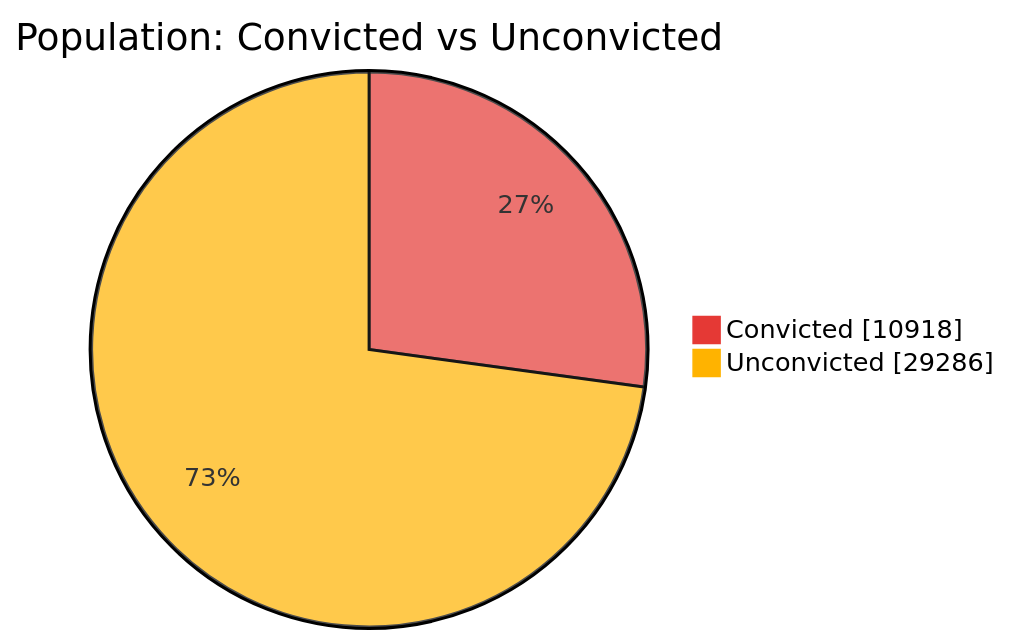
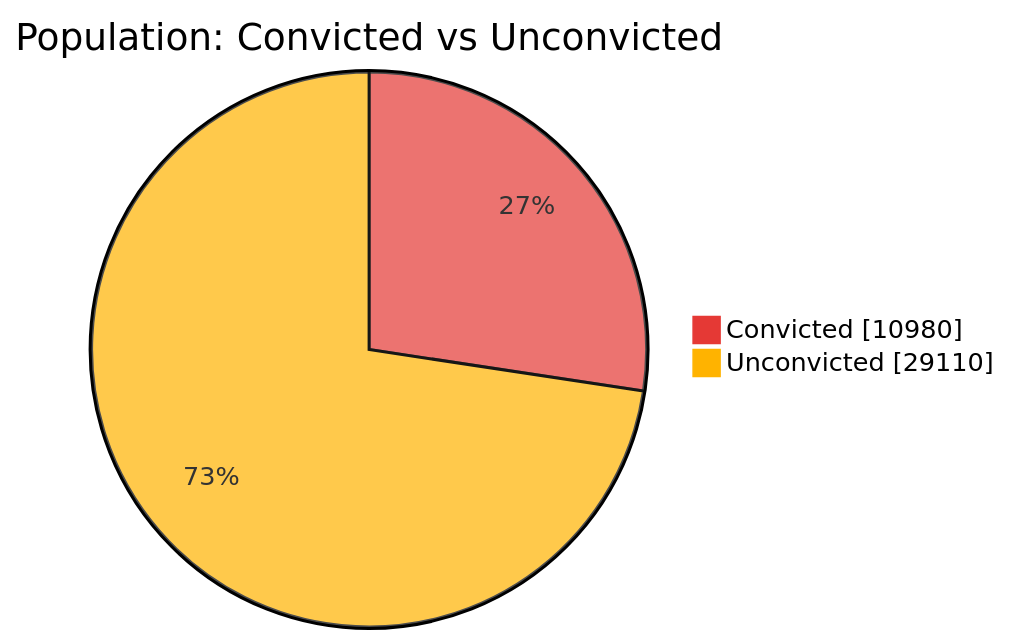
One commit to nuuuwan/lk_prisons changed the first of 7 diagrams in README.md. Above: the diagram before and after it, drawn with Mermaid. The commit also changed other lines of this file and 1 other file, not shown here.

````diff
--- a/README.md
+++ b/README.md
@@ -43,6 +43,6 @@
 ```mermaid
 %%{init: {'themeVariables': {'pie1': '#E53935', 'pie2': '#FFB300'}}}%%
 pie showData title Population: Convicted vs Unconvicted
-    "Convicted" : 10918
-    "Unconvicted" : 29286
+    "Convicted" : 10980
+    "Unconvicted" : 29110
 ```
````
